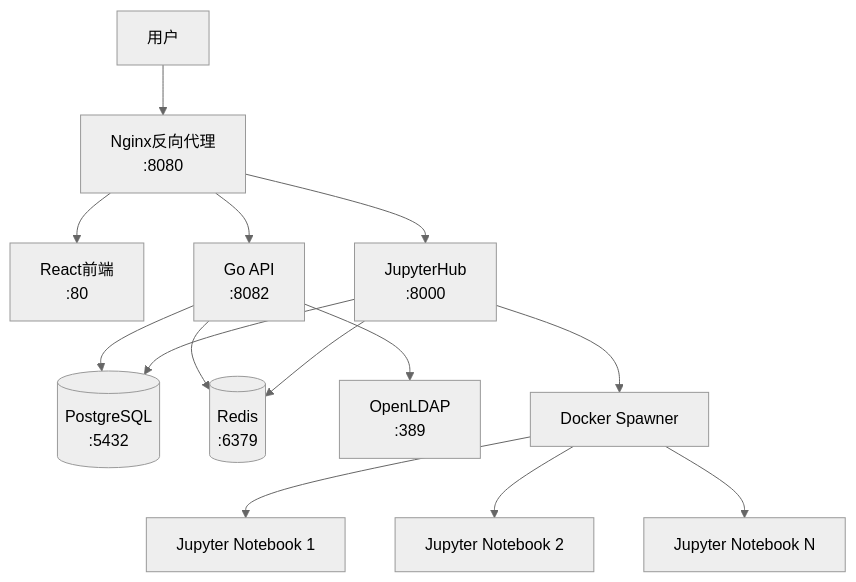
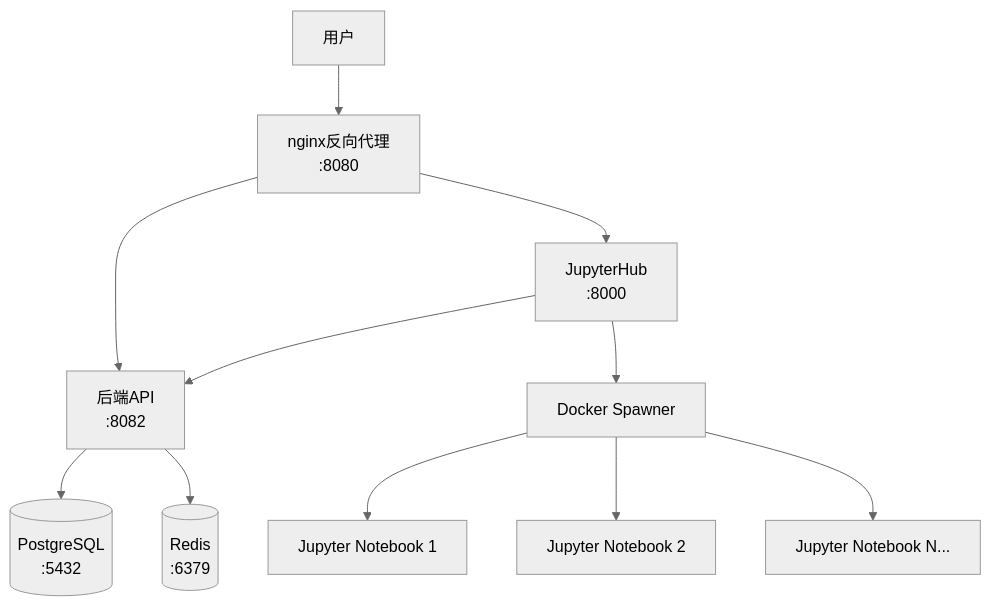
Before and after one commit to aresnasa/ai-infra-matrix: the diagram in README.md, drawn with Mermaid (neutral theme). The commit also changed other lines of this file and 604 other files, not shown here.

Commit message:
add jupyter nginx ok

````diff
--- a/README.md
+++ b/README.md
@@ -67,20 +63,17 @@
 ```mermaid
 graph TB
-    User[用户] --> Nginx[Nginx反向代理<br/>:8080]
+    User[用户] --> Nginx[nginx反向代理<br/>:8080]
     
-    Nginx --> Frontend[React前端<br/>:80]
-    Nginx --> Backend[Go API<br/>:8082]
     Nginx --> JupyterHub[JupyterHub<br/>:8000]
+    Nginx --> Backend[后端API<br/>:8082]
     
     Backend --> PostgreSQL[(PostgreSQL<br/>:5432)]
     Backend --> Redis[(Redis<br/>:6379)]
-    Backend --> LDAP[OpenLDAP<br/>:389]
     
-    JupyterHub --> PostgreSQL
-    JupyterHub --> Redis
+    JupyterHub --> Backend
     JupyterHub --> Docker[Docker Spawner]
     
     Docker --> Notebook1[Jupyter Notebook 1]
     Docker --> Notebook2[Jupyter Notebook 2]
-    Docker --> NotebookN[Jupyter Notebook N]
+    Docker --> NotebookN[Jupyter Notebook N...]
 ```
````
